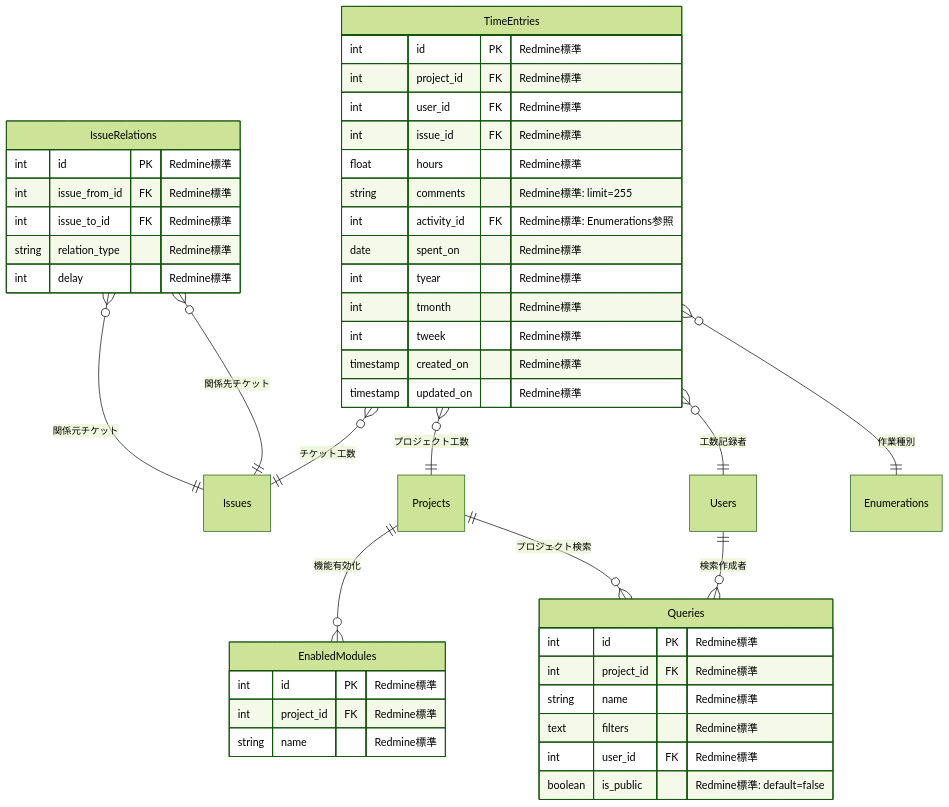
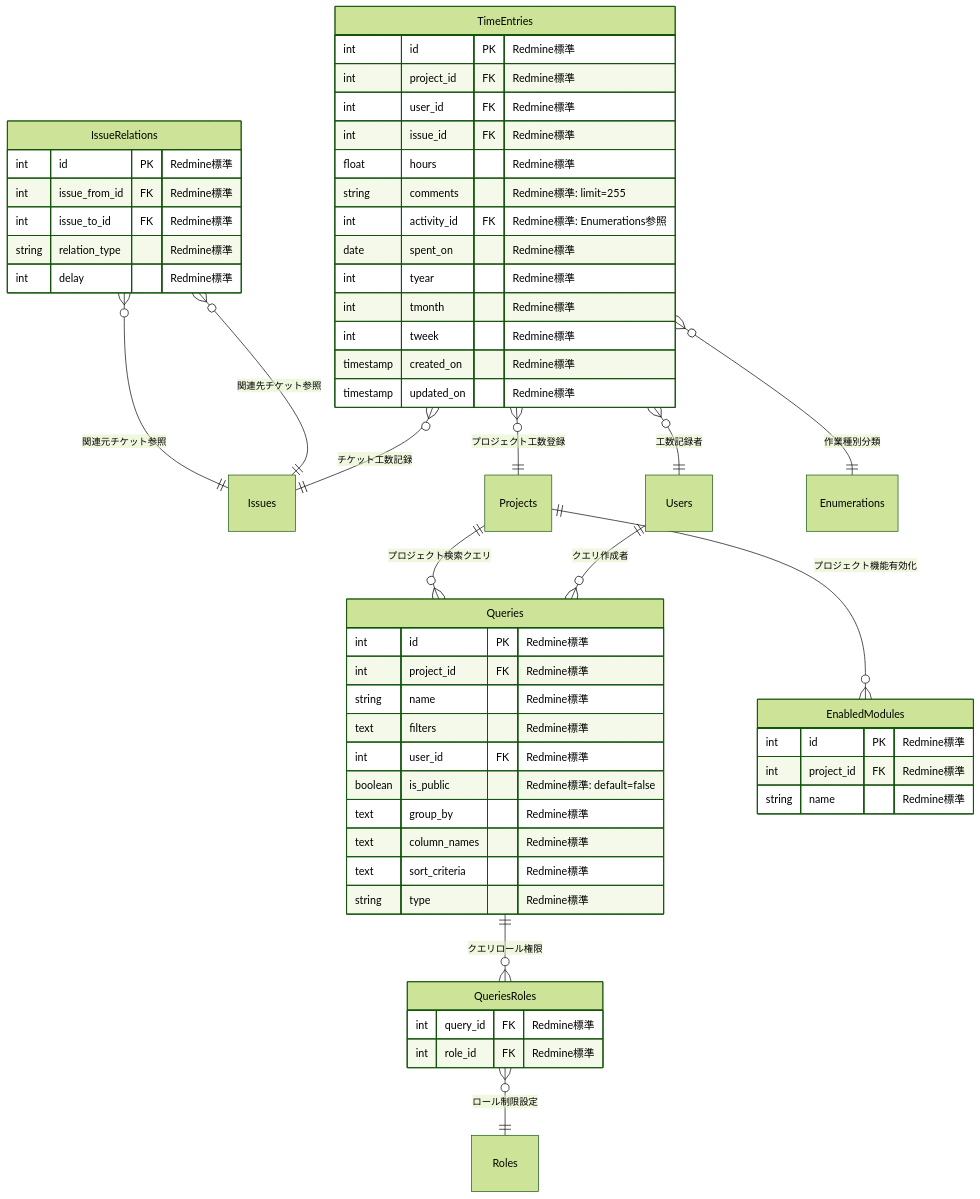
One commit to daichiTAAA/AgentOpsPlatform changed the eighth of 29 diagrams in docs/030000_設計/035000_データ設計/035010_ER図.md. Above: the diagram before and after it, drawn with Mermaid (forest theme). The commit also changed other lines of this file, not shown here.

````diff
--- a/docs/030000_設計/035000_データ設計/035010_ER図.md
+++ b/docs/030000_設計/035000_データ設計/035010_ER図.md
@@ -343,52 +485,63 @@
 ```mermaid
 erDiagram
     IssueRelations {
         int id PK "Redmine標準"
         int issue_from_id FK "Redmine標準"
         int issue_to_id FK "Redmine標準"
         string relation_type "Redmine標準"
         int delay "Redmine標準"
     }
     
     TimeEntries {
         int id PK "Redmine標準"
         int project_id FK "Redmine標準"
         int user_id FK "Redmine標準"
         int issue_id FK "Redmine標準"
         float hours "Redmine標準"
         string comments "Redmine標準: limit=255"
         int activity_id FK "Redmine標準: Enumerations参照"
         date spent_on "Redmine標準"
         int tyear "Redmine標準"
         int tmonth "Redmine標準"
         int tweek "Redmine標準"
         timestamp created_on "Redmine標準"
         timestamp updated_on "Redmine標準"
     }
     
     Queries {
         int id PK "Redmine標準"
         int project_id FK "Redmine標準"
         string name "Redmine標準"
         text filters "Redmine標準"
         int user_id FK "Redmine標準"
         boolean is_public "Redmine標準: default=false"
+        text group_by "Redmine標準"
+        text column_names "Redmine標準"
+        text sort_criteria "Redmine標準"
+        string type "Redmine標準"
+    }
+    
+    QueriesRoles {
+        int query_id FK "Redmine標準"
+        int role_id FK "Redmine標準"
     }
     
     EnabledModules {
         int id PK "Redmine標準"
         int project_id FK "Redmine標準"
         string name "Redmine標準"
     }
     
     %% 関係性
-    IssueRelations }o--|| Issues : "関係元チケット"
-    IssueRelations }o--|| Issues : "関係先チケット"
-    Projects ||--o{ EnabledModules : "機能有効化"
-    TimeEntries }o--|| Projects : "プロジェクト工数"
+    IssueRelations }o--|| Issues : "関連元チケット参照"
+    IssueRelations }o--|| Issues : "関連先チケット参照"
+    Projects ||--o{ EnabledModules : "プロジェクト機能有効化"
+    TimeEntries }o--|| Projects : "プロジェクト工数登録"
     TimeEntries }o--|| Users : "工数記録者"
-    TimeEntries }o--|| Issues : "チケット工数"
-    TimeEntries }o--|| Enumerations : "作業種別"
-    Projects ||--o{ Queries : "プロジェクト検索"
-    Users ||--o{ Queries : "検索作成者"
+    TimeEntries }o--|| Issues : "チケット工数記録"
+    TimeEntries }o--|| Enumerations : "作業種別分類"
+    Projects ||--o{ Queries : "プロジェクト検索クエリ"
+    Users ||--o{ Queries : "クエリ作成者"
+    Queries ||--o{ QueriesRoles : "クエリロール権限"
+    QueriesRoles }o--|| Roles : "ロール制限設定"
 ```
````
